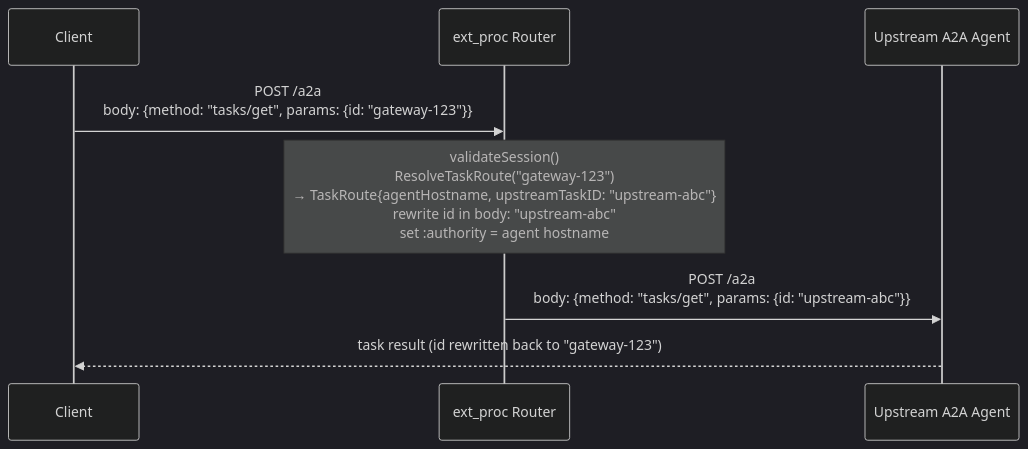
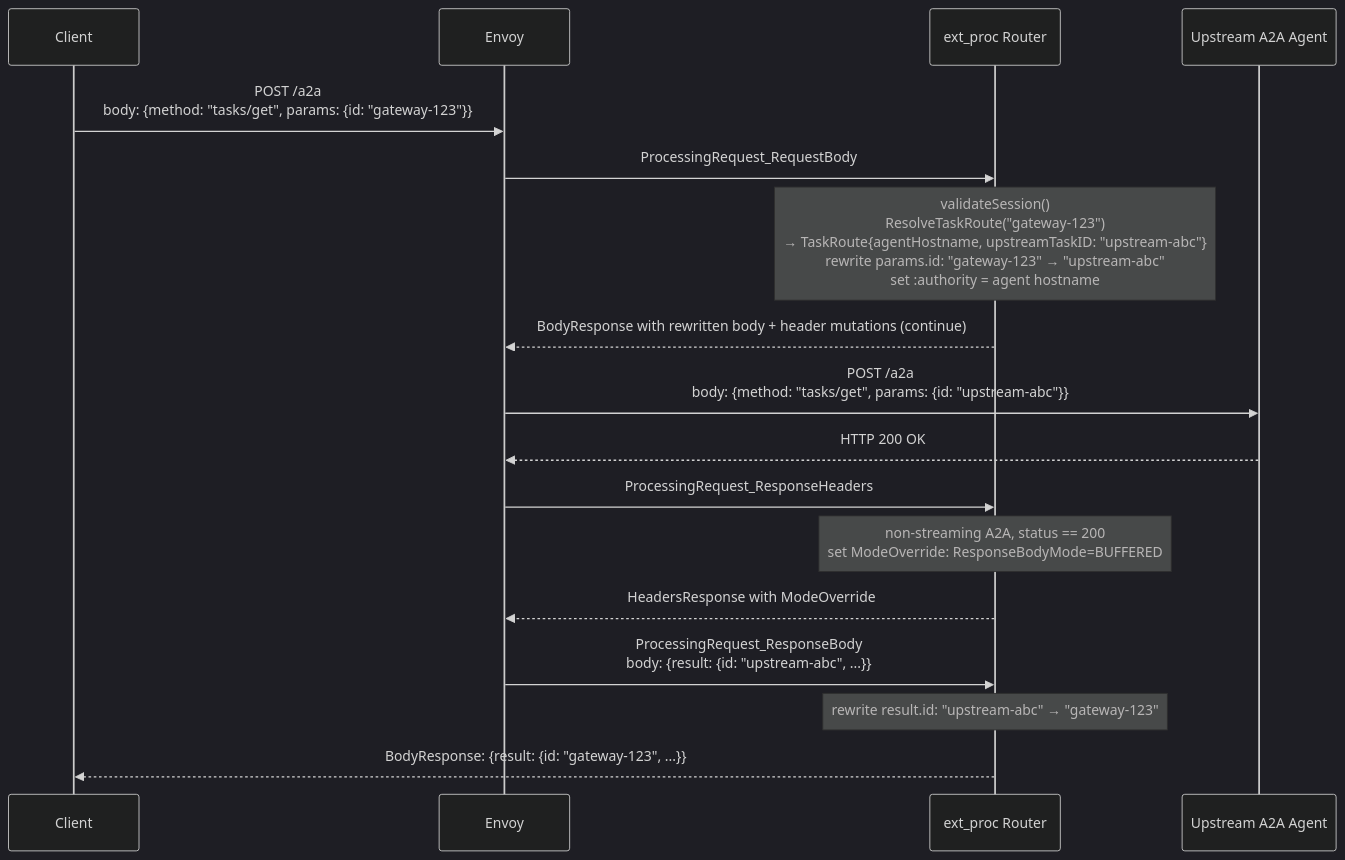
The fourth of 5 diagrams in docs/design/a2a/a2a-design.md (Aman-Cool/mcp-gateway), drawn with Mermaid (dark theme) before and after one commit. The commit also changed other lines of this file and 1 other file, not shown here.

First line of the commit message:
docs: fix ext_proc flow, task route timing, and missing phases in A2A design

````diff
--- a/docs/design/a2a/a2a-design.md
+++ b/docs/design/a2a/a2a-design.md
@@ -174,11 +185,20 @@
 ```mermaid
 sequenceDiagram
     participant Client
+    participant Envoy
     participant Router as ext_proc Router
     participant Upstream as Upstream A2A Agent
 
-    Client->>Router: POST /a2a<br/>body: {method: "tasks/get", params: {id: "gateway-123"}}
-    Note over Router: validateSession()<br/>ResolveTaskRoute("gateway-123")<br/>→ TaskRoute{agentHostname, upstreamTaskID: "upstream-abc"}<br/>rewrite id in body: "upstream-abc"<br/>set :authority = agent hostname
-    Router->>Upstream: POST /a2a<br/>body: {method: "tasks/get", params: {id: "upstream-abc"}}
-    Upstream-->>Client: task result (id rewritten back to "gateway-123")
+    Client->>Envoy: POST /a2a<br/>body: {method: "tasks/get", params: {id: "gateway-123"}}
+    Envoy->>Router: ProcessingRequest_RequestBody
+    Note over Router: validateSession()<br/>ResolveTaskRoute("gateway-123")<br/>→ TaskRoute{agentHostname, upstreamTaskID: "upstream-abc"}<br/>rewrite params.id: "gateway-123" → "upstream-abc"<br/>set :authority = agent hostname
+    Router-->>Envoy: BodyResponse with rewritten body + header mutations (continue)
+    Envoy->>Upstream: POST /a2a<br/>body: {method: "tasks/get", params: {id: "upstream-abc"}}
+    Upstream-->>Envoy: HTTP 200 OK
+    Envoy->>Router: ProcessingRequest_ResponseHeaders
+    Note over Router: non-streaming A2A, status == 200<br/>set ModeOverride: ResponseBodyMode=BUFFERED
+    Router-->>Envoy: HeadersResponse with ModeOverride
+    Envoy->>Router: ProcessingRequest_ResponseBody<br/>body: {result: {id: "upstream-abc", ...}}
+    Note over Router: rewrite result.id: "upstream-abc" → "gateway-123"
+    Router-->>Client: BodyResponse: {result: {id: "gateway-123", ...}}
 ```
````
